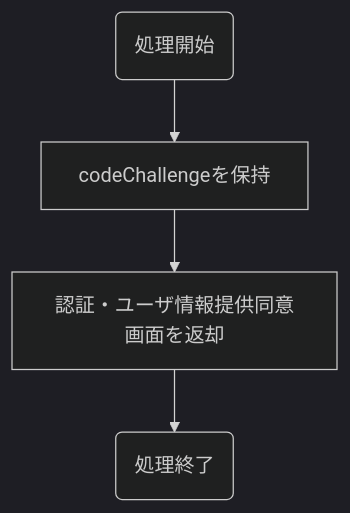
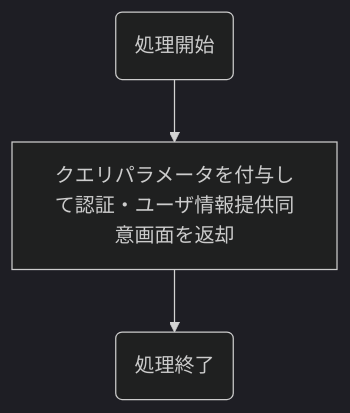
Before and after one commit to nob-islan/nob-openid-connect: the diagram in docs/business-flow/op/Authorization.md, drawn with Mermaid. The commit also changed 6 other files, not shown here.

````diff
--- a/docs/business-flow/op/Authorization.md
+++ b/docs/business-flow/op/Authorization.md
@@ -3,7 +3,6 @@
 ```mermaid
 %%{init:{'theme':'dark'}}%%
 graph TD;
-    A(処理開始) --> B[codeChallengeを保持]
-    B --> C[認証・ユーザ情報提供同意画面を返却]
-    C --> D(処理終了)
+    A(処理開始) --> B[クエリパラメータを付与して認証・ユーザ情報提供同意画面を返却]
+    B --> C(処理終了)
 ```
````
